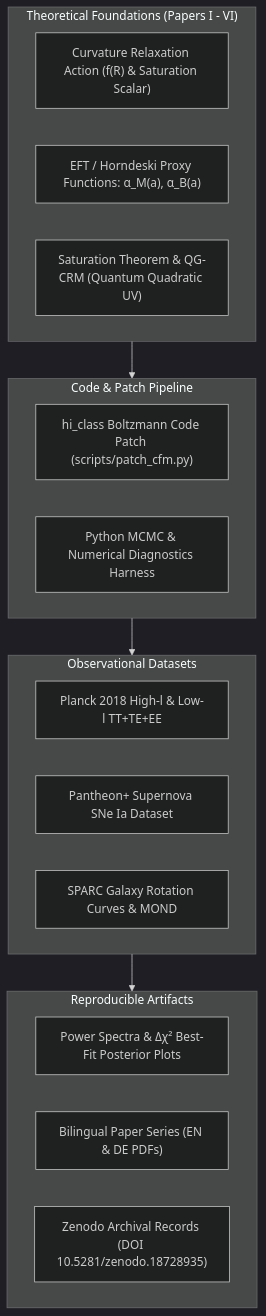
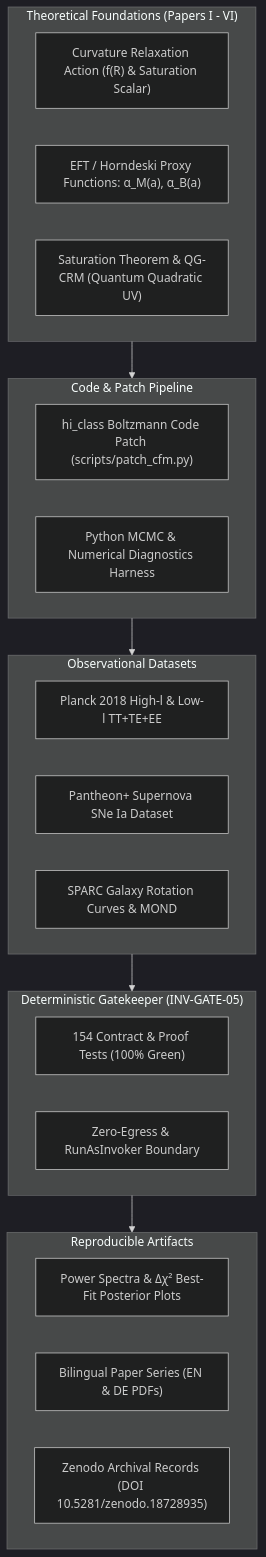
One commit to research-line/crm-cosmology changed the first of 2 diagrams in README.md. Above: the diagram before and after it, drawn with Mermaid (dark theme). The commit also changed other lines of this file and 8 other files, not shown here.

Commit message:
docs(marketing): Pfad B discoverability, interactive sequence & flowchart enhancement & verification recency [G 2026-10-30]

````diff
--- a/README.md
+++ b/README.md
@@ -209,29 +209,35 @@
 ```mermaid
 flowchart TD
     subgraph Theory ["Theoretical Foundations (Papers I - VI)"]
         T1["Curvature Relaxation Action (f(R) & Saturation Scalar)"]
         T2["EFT / Horndeski Proxy Functions: α_M(a), α_B(a)"]
         T3["Saturation Theorem & QG-CRM (Quantum Quadratic UV)"]
     end
 
     subgraph Infrastructure ["Code & Patch Pipeline"]
         C1["hi_class Boltzmann Code Patch (scripts/patch_cfm.py)"]
         C2["Python MCMC & Numerical Diagnostics Harness"]
     end
 
     subgraph Datasets ["Observational Datasets"]
         D1["Planck 2018 High-l & Low-l TT+TE+EE"]
         D2["Pantheon+ Supernova SNe Ia Dataset"]
         D3["SPARC Galaxy Rotation Curves & MOND"]
     end
 
+    subgraph Verification ["Deterministic Gatekeeper (INV-GATE-05)"]
+        V1["154 Contract & Proof Tests (100% Green)"]
+        V2["Zero-Egress & RunAsInvoker Boundary"]
+    end
+
     subgraph Outputs ["Reproducible Artifacts"]
         O1["Power Spectra & Δχ² Best-Fit Posterior Plots"]
         O2["Bilingual Paper Series (EN & DE PDFs)"]
         O3["Zenodo Archival Records (DOI 10.5281/zenodo.18728935)"]
     end
 
     Theory --> Infrastructure
     Infrastructure --> Datasets
-    Datasets --> Outputs
+    Datasets --> Verification
+    Verification --> Outputs
 ```
````
